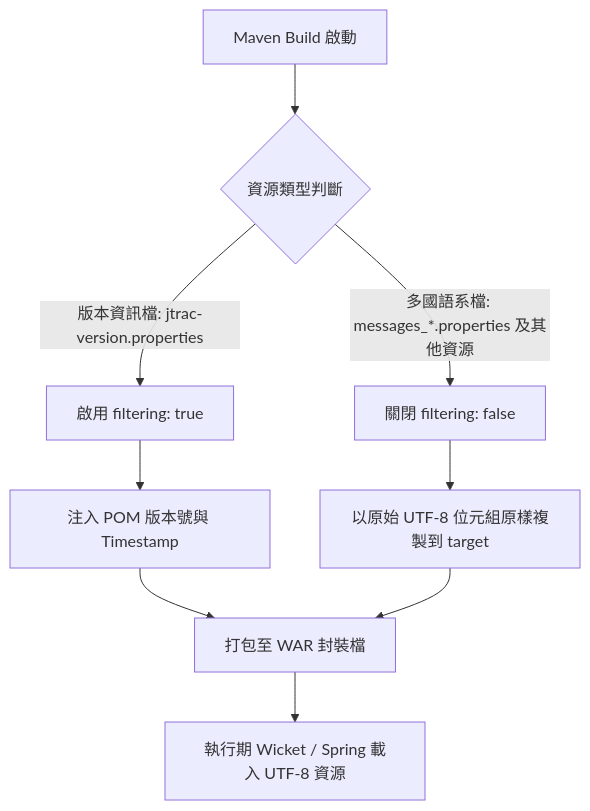
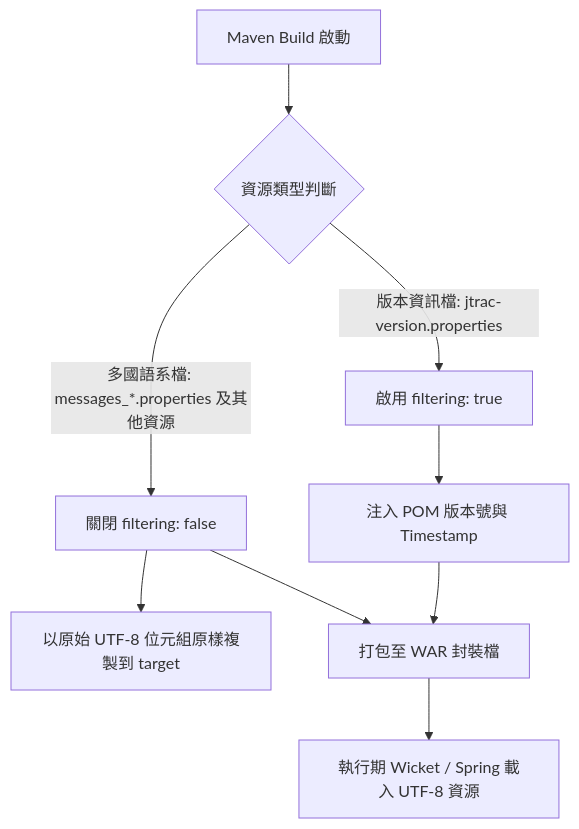
The first of 6 diagrams in openspec/specs/README.md (WilliamFromTW/jtrac), drawn with Mermaid before and after one commit. The commit also changed other lines of this file and 8 other files, not shown here.

Commit message:
docs(openspec): 歸檔後端現代化變更並同步主規格文件與架構流程圖

````diff
--- a/openspec/specs/README.md
+++ b/openspec/specs/README.md
@@ -21,11 +23,11 @@
 ```mermaid
 flowchart TD
     A[Maven Build 啟動] --> B{資源類型判斷}
     B -->|版本資訊檔: jtrac-version.properties| C[啟用 filtering: true]
     B -->|多國語系檔: messages_*.properties 及其他資源| D[關閉 filtering: false]
     C --> E[注入 POM 版本號與 Timestamp]
     D --> F[以原始 UTF-8 位元組原樣複製到 target]
     E --> G[打包至 WAR 封裝檔]
-    F --> G
+    D --> G
     G --> H[執行期 Wicket / Spring 載入 UTF-8 資源]
 ```
````
